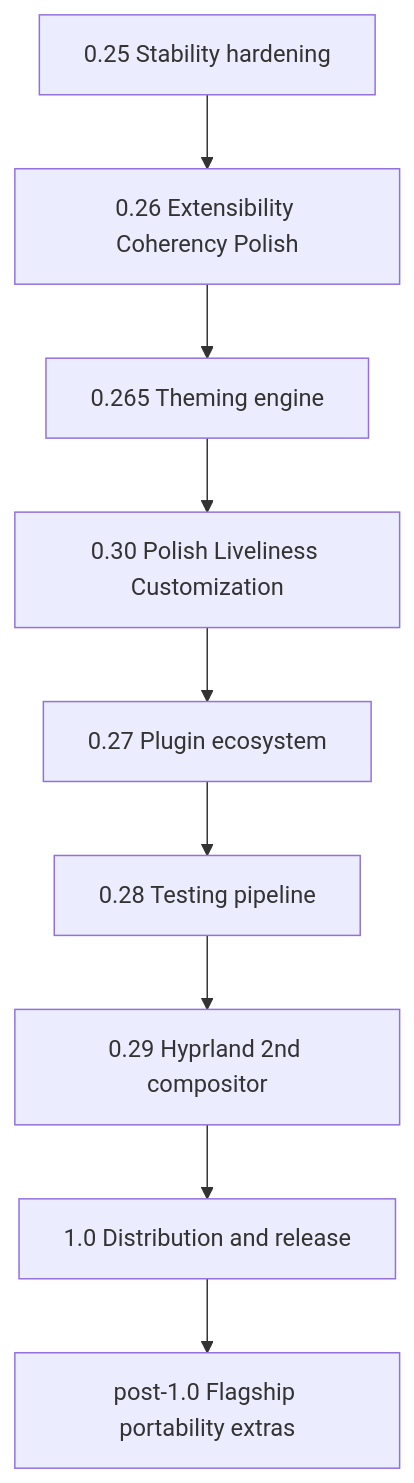
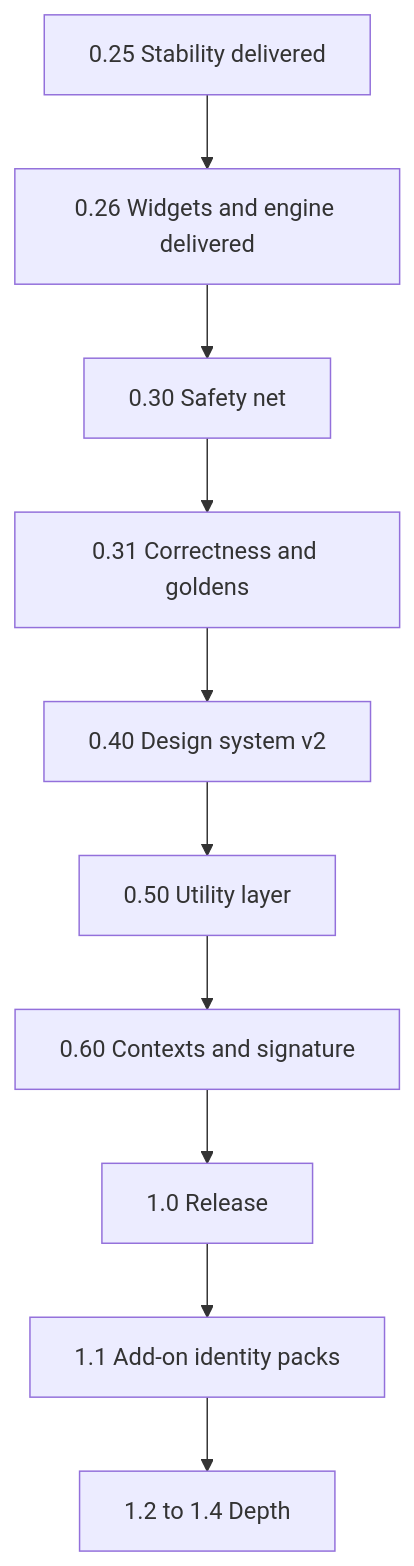
One commit to Nicolas-Rigaudy/archeotech-dotfiles changed the diagram in logics/roadmap/road_001_archeotech_shell.md. Above: the diagram before and after it, drawn with Mermaid. The commit also changed other lines of this file and 69 other files, not shown here.

Commit message:
chg[MD]: re-sequence roadmap around 2026-09-28 audit; req_005 program, road_002

````diff
--- a/logics/roadmap/road_001_archeotech_shell.md
+++ b/logics/roadmap/road_001_archeotech_shell.md
@@ -18,13 +18,14 @@
 ```mermaid
 flowchart TD
-  S[0.25 Stability hardening]
-  C[0.26 Extensibility Coherency Polish]
-  T[0.265 Theming engine]
-  P[0.30 Polish Liveliness Customization]
-  X[0.27 Plugin ecosystem]
-  V[0.28 Testing pipeline]
-  H[0.29 Hyprland 2nd compositor]
-  R[1.0 Distribution and release]
-  D[post-1.0 Flagship portability extras]
-  S --> C --> T --> P --> X --> V --> H --> R --> D
+  A[0.25 Stability delivered]
+  B[0.26 Widgets and engine delivered]
+  C[0.30 Safety net]
+  D[0.31 Correctness and goldens]
+  E[0.40 Design system v2]
+  F[0.50 Utility layer]
+  G[0.60 Contexts and signature]
+  H[1.0 Release]
+  I[1.1 Add-on identity packs]
+  J[1.2 to 1.4 Depth]
+  A --> B --> C --> D --> E --> F --> G --> H --> I --> J
 ```
````
